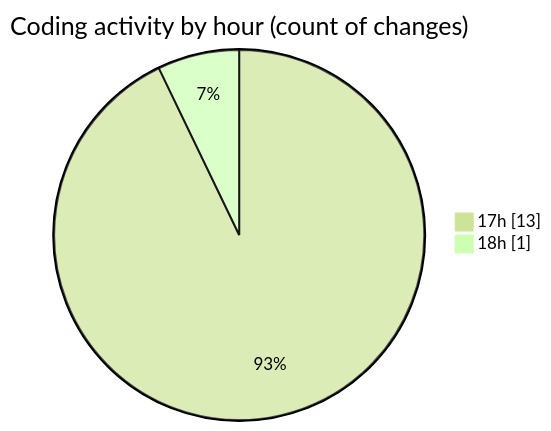
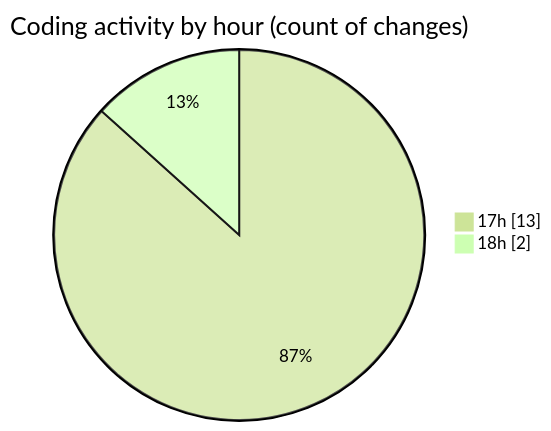
The second of 2 diagrams in 2025-02-01/maps_clone/README.md (donsfak/code-tracking), drawn with Mermaid (forest theme) before and after one commit. The commit also changed other lines of this file and 1 other file, not shown here.

````diff
--- a/2025-02-01/maps_clone/README.md
+++ b/2025-02-01/maps_clone/README.md
@@ -35,6 +35,6 @@
 ```mermaid
 pie showData
 title Coding activity by hour (count of changes)
 "17h" : 13
-"18h" : 1
+"18h" : 2
 ```
````
